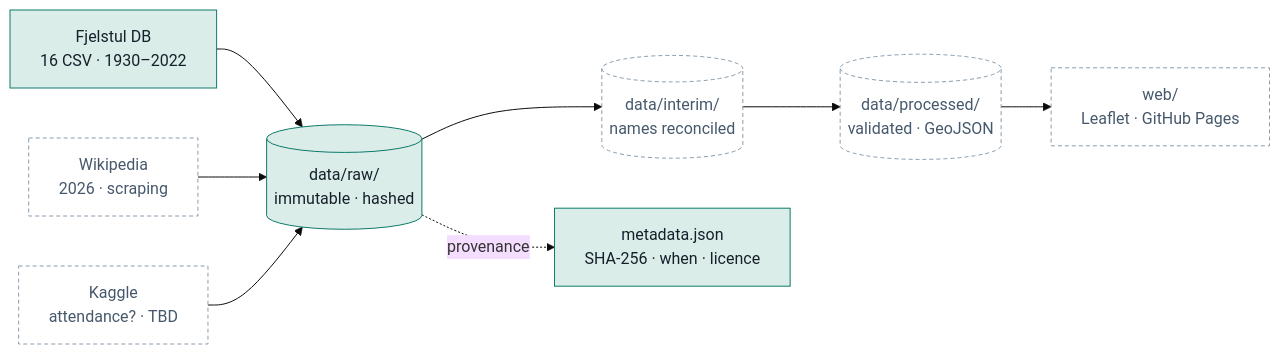
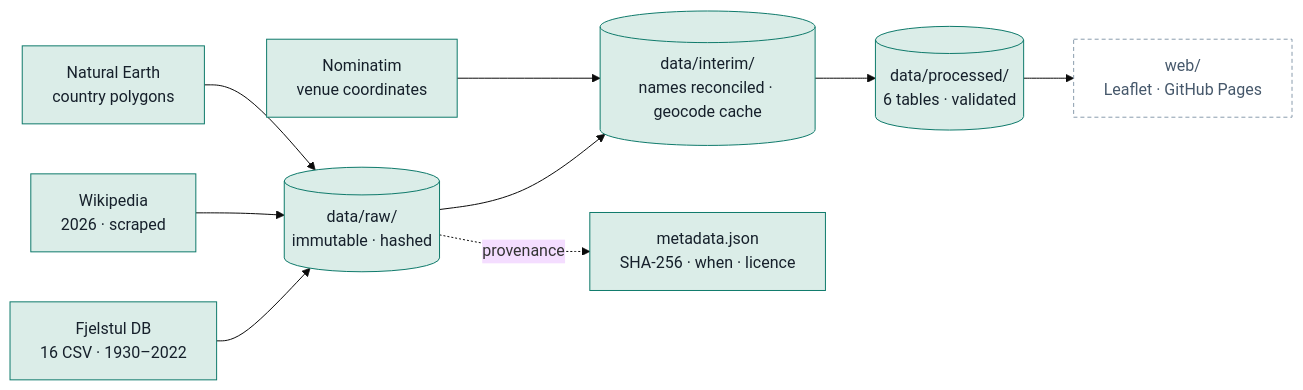
One commit to alaindelon96/atlas-copa-mundo changed the diagram in README.md. Above: the diagram before and after it, drawn with Mermaid (base theme). The commit also changed other lines of this file and 4 other files, not shown here.

````diff
--- a/README.md
+++ b/README.md
@@ -90,14 +90,15 @@
 ```mermaid
 flowchart LR
     A[Fjelstul DB<br/>16 CSV · 1930–2022]:::done --> R
-    B[Wikipedia<br/>2026 · scraping]:::todo --> R
-    C[Kaggle<br/>attendance? · TBD]:::todo --> R
+    B[Wikipedia<br/>2026 · scraped]:::done --> R
+    C[Natural Earth<br/>country polygons]:::done --> R
     R[("data/raw/<br/>immutable · hashed")]:::done --> I
-    I[("data/interim/<br/>names reconciled")]:::todo --> P
-    P[("data/processed/<br/>validated · GeoJSON")]:::todo --> W
+    N[Nominatim<br/>venue coordinates]:::done --> I
+    I[("data/interim/<br/>names reconciled · geocode cache")]:::done --> P
+    P[("data/processed/<br/>6 tables · validated")]:::done --> W
     W[web/<br/>Leaflet · GitHub Pages]:::todo
     R -.provenance.-> M[metadata.json<br/>SHA-256 · when · licence]:::done
 
     classDef done fill:#DBEDE8,stroke:#0F7A6B,color:#16202B
     classDef todo fill:transparent,stroke:#8A9CAD,color:#46586B,stroke-dasharray:4 3
 ```
````
